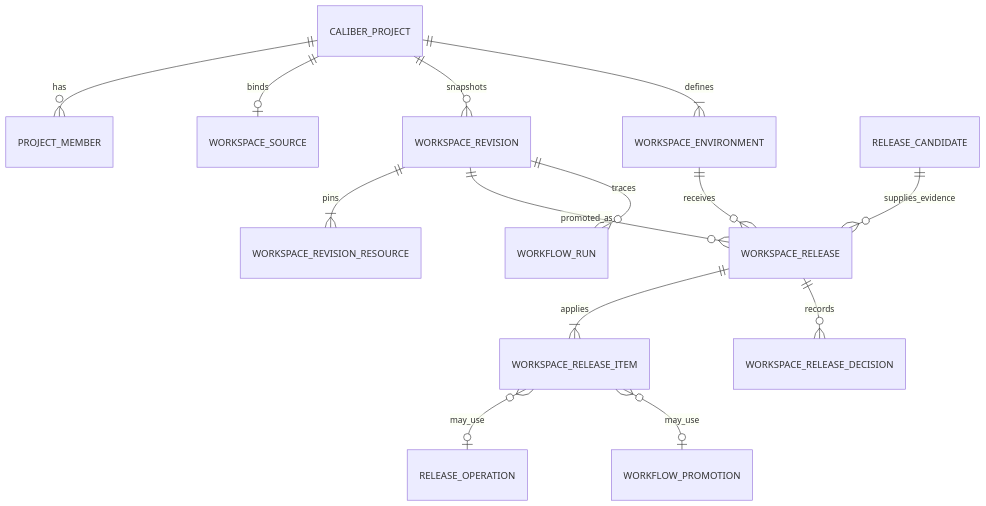
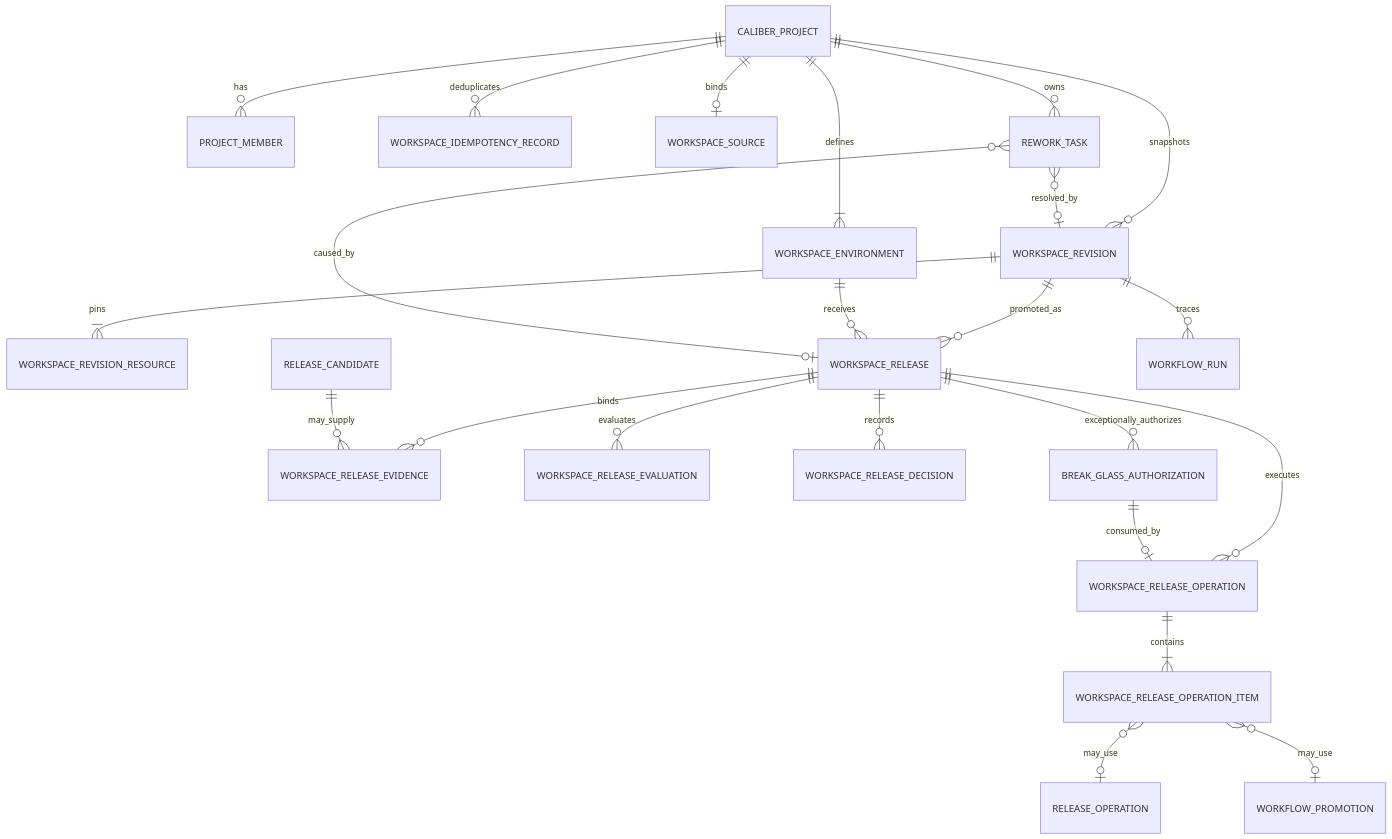
One commit to rrahimi-uci/caliber-suite changed the fifth of 12 diagrams in docs/workspace-plan.md. Above: the diagram before and after it, drawn with Mermaid. The commit also changed other lines of this file, not shown here.

Commit message:
docs: correct workspace plan feasibility contracts

````diff
--- a/docs/workspace-plan.md
+++ b/docs/workspace-plan.md
@@ -1166,16 +1274,25 @@
 ```mermaid
 erDiagram
     CALIBER_PROJECT ||--o{ PROJECT_MEMBER : has
+    CALIBER_PROJECT ||--o{ WORKSPACE_IDEMPOTENCY_RECORD : deduplicates
     CALIBER_PROJECT ||--o| WORKSPACE_SOURCE : binds
     CALIBER_PROJECT ||--o{ WORKSPACE_REVISION : snapshots
     WORKSPACE_REVISION ||--|{ WORKSPACE_REVISION_RESOURCE : pins
     CALIBER_PROJECT ||--|{ WORKSPACE_ENVIRONMENT : defines
     WORKSPACE_REVISION ||--o{ WORKSPACE_RELEASE : promoted_as
     WORKSPACE_ENVIRONMENT ||--o{ WORKSPACE_RELEASE : receives
-    RELEASE_CANDIDATE ||--o{ WORKSPACE_RELEASE : supplies_evidence
-    WORKSPACE_RELEASE ||--|{ WORKSPACE_RELEASE_ITEM : applies
+    WORKSPACE_RELEASE ||--o{ WORKSPACE_RELEASE_EVIDENCE : binds
+    WORKSPACE_RELEASE ||--o{ WORKSPACE_RELEASE_EVALUATION : evaluates
+    RELEASE_CANDIDATE ||--o{ WORKSPACE_RELEASE_EVIDENCE : may_supply
     WORKSPACE_RELEASE ||--o{ WORKSPACE_RELEASE_DECISION : records
-    WORKSPACE_RELEASE_ITEM }o--o| RELEASE_OPERATION : may_use
-    WORKSPACE_RELEASE_ITEM }o--o| WORKFLOW_PROMOTION : may_use
+    WORKSPACE_RELEASE ||--o{ BREAK_GLASS_AUTHORIZATION : exceptionally_authorizes
+    WORKSPACE_RELEASE ||--o{ WORKSPACE_RELEASE_OPERATION : executes
+    BREAK_GLASS_AUTHORIZATION ||--o| WORKSPACE_RELEASE_OPERATION : consumed_by
+    WORKSPACE_RELEASE_OPERATION ||--|{ WORKSPACE_RELEASE_OPERATION_ITEM : contains
+    WORKSPACE_RELEASE_OPERATION_ITEM }o--o| RELEASE_OPERATION : may_use
+    WORKSPACE_RELEASE_OPERATION_ITEM }o--o| WORKFLOW_PROMOTION : may_use
+    CALIBER_PROJECT ||--o{ REWORK_TASK : owns
+    REWORK_TASK }o--o| WORKSPACE_RELEASE : caused_by
+    REWORK_TASK }o--o| WORKSPACE_REVISION : resolved_by
     WORKSPACE_REVISION ||--o{ WORKFLOW_RUN : traces
 ```
````
